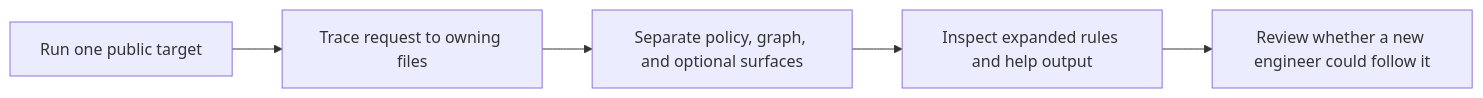
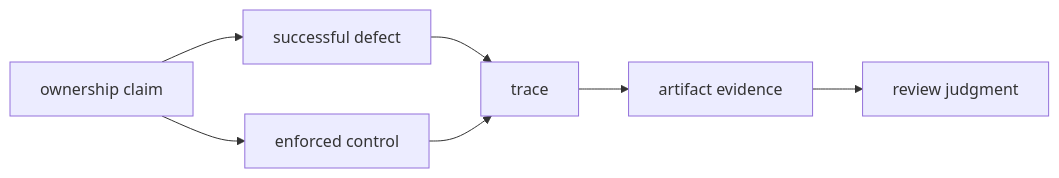
Before and after one commit to bijux/bijux-masterclass: the first of 2 diagrams in programs/reproducible-research/deep-dive-make/course-book/module-07-build-architecture-layered-includes-apis/index.md, drawn with Mermaid. The commit also changed other lines of this file, not shown here.

Commit message:
docs(make): orient architecture study around evidence

````diff
--- a/programs/reproducible-research/deep-dive-make/course-book/module-07-build-architecture-layered-includes-apis/index.md
+++ b/programs/reproducible-research/deep-dive-make/course-book/module-07-build-architecture-layered-includes-apis/index.md
@@ -47,7 +53,15 @@
 ```mermaid
 flowchart LR
-  request["Run one public target"] --> trace["Trace request to owning files"]
-  trace --> split["Separate policy, graph, and optional surfaces"]
-  split --> inspect["Inspect expanded rules and help output"]
-  inspect --> review["Review whether a new engineer could follow it"]
+  claim["ownership claim"]
+  defect["successful defect"]
+  control["enforced control"]
+  trace["trace"]
+  artifact["artifact evidence"]
+  judgment["review judgment"]
+
+  claim --> defect
+  claim --> control
+  defect --> trace
+  control --> trace
+  trace --> artifact --> judgment
 ```
````
